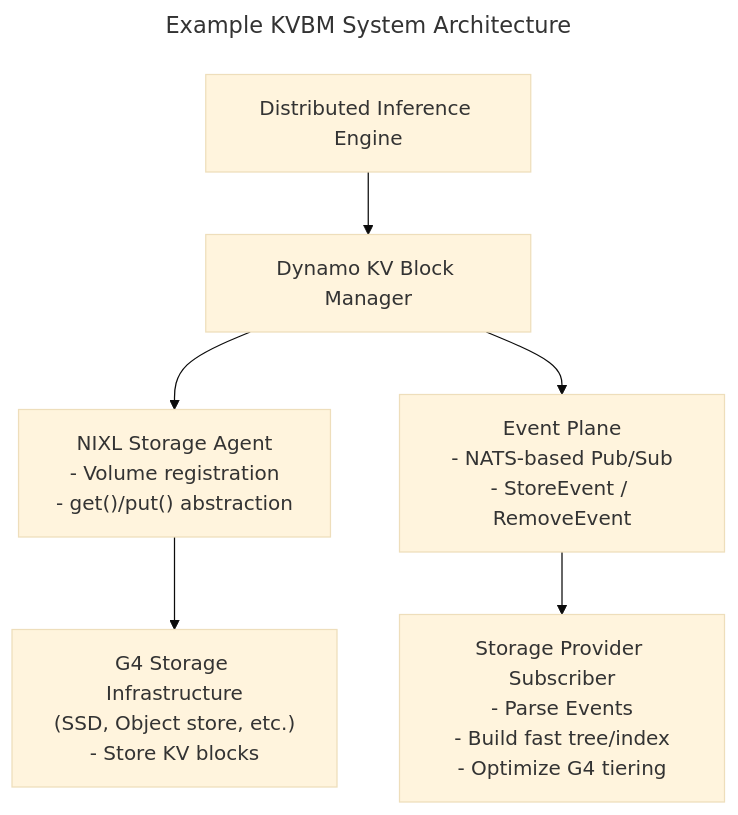
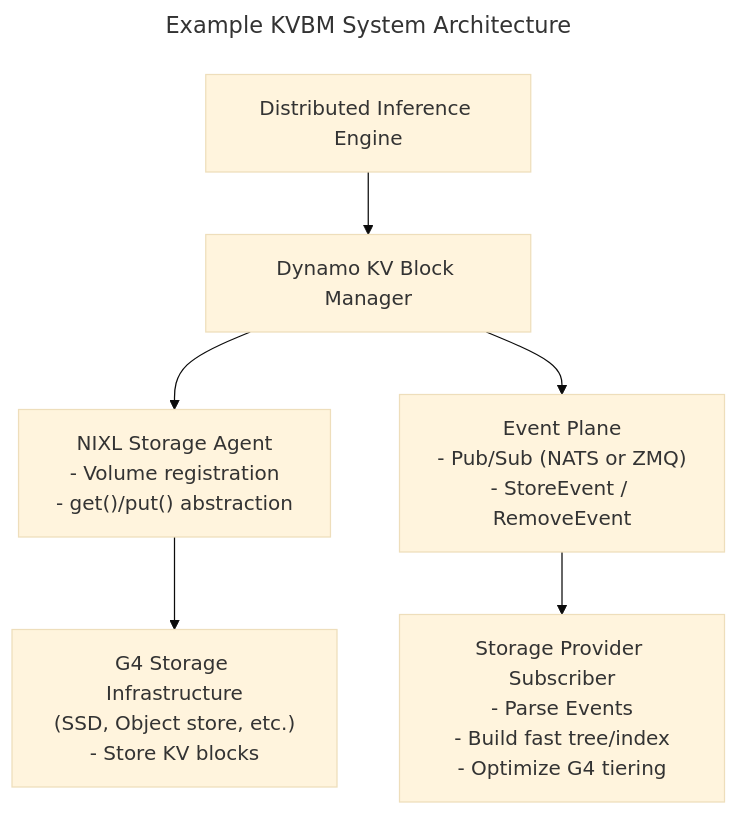
Before and after one commit to ai-dynamo/dynamo: the diagram in docs/pages/design-docs/kvbm-design.md, drawn with Mermaid (base theme). The commit also changed other lines of this file and 3 other files, not shown here.

Commit message:
docs: exorcise stale NATS references from kv event docs

````diff
--- a/docs/pages/design-docs/kvbm-design.md
+++ b/docs/pages/design-docs/kvbm-design.md
@@ -245,13 +245,13 @@
 ```mermaid
 ---
 title: Example KVBM System Architecture
 ---
 flowchart TD
     A["Distributed Inference Engine"] --> B["Dynamo KV Block Manager"]
 
     B --> C["NIXL Storage Agent<br/>- Volume registration<br/>- get()/put() abstraction"]
-    B --> D["Event Plane<br/>- NATS-based Pub/Sub<br/>- StoreEvent / RemoveEvent"]
+    B --> D["Event Plane<br/>- Pub/Sub (NATS or ZMQ)<br/>- StoreEvent / RemoveEvent"]
 
     C --> E["G4 Storage Infrastructure<br/>(SSD, Object store, etc.)<br/>- Store KV blocks"]
     D --> F["Storage Provider Subscriber<br/>- Parse Events<br/>- Build fast tree/index<br/>- Optimize G4 tiering"]
 ```
````
